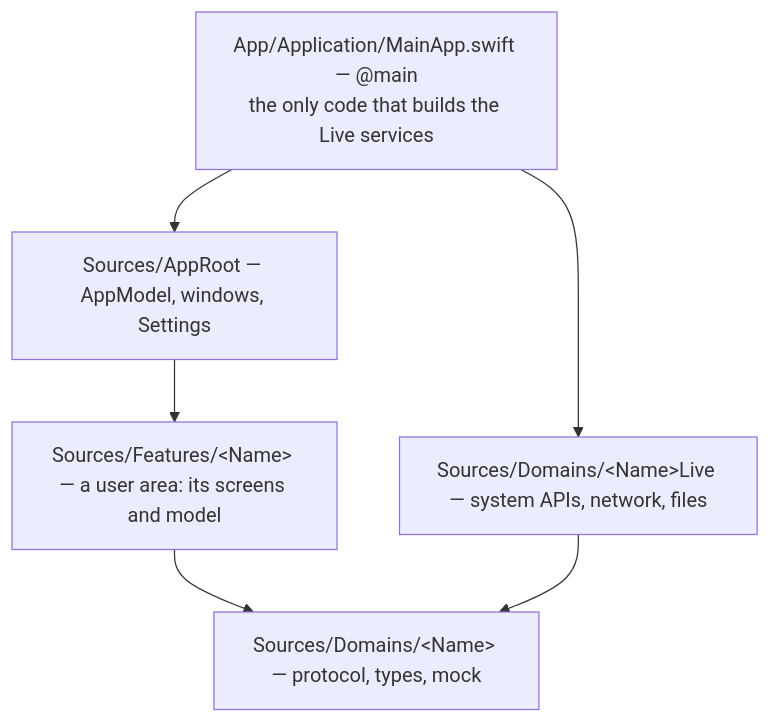
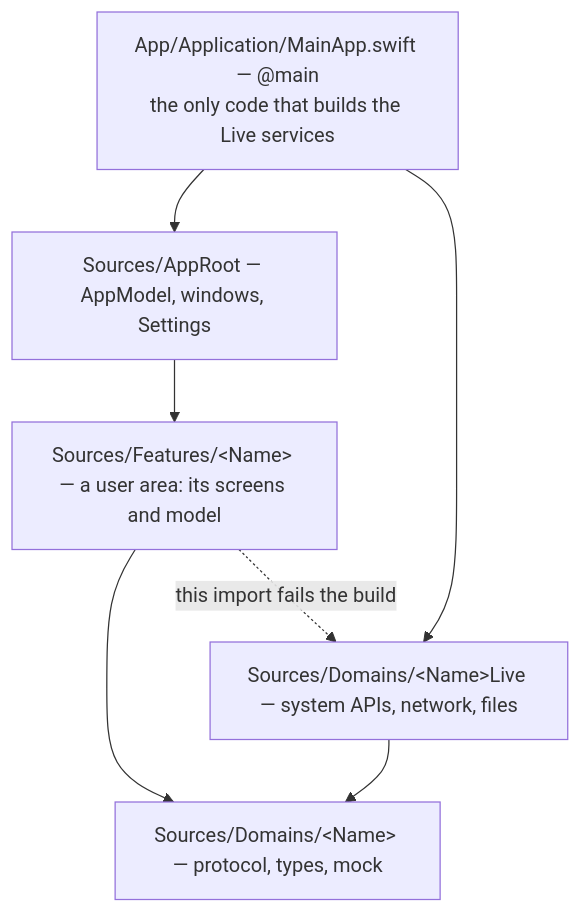
One commit to chengzi-io/macos-swiftui-spm-template changed the first of 2 diagrams in README.md. Above: the diagram before and after it, drawn with Mermaid. The commit also changed other lines of this file and 9 other files, not shown here.

````diff
--- a/README.md
+++ b/README.md
@@ -17,10 +54,11 @@
 ```mermaid
 flowchart TB
     main["App/Application/MainApp.swift — @main<br/>the only code that builds the Live services"]
     root["Sources/AppRoot — AppModel, windows, Settings"]
     feature["Sources/Features/&lt;Name&gt; — a user area: its screens and model"]
     core["Sources/Domains/&lt;Name&gt; — protocol, types, mock"]
     live["Sources/Domains/&lt;Name&gt;Live — system APIs, network, files"]
     main --> root --> feature --> core
     main --> live --> core
+    feature -.->|"this import fails the build"| live
 ```
````
